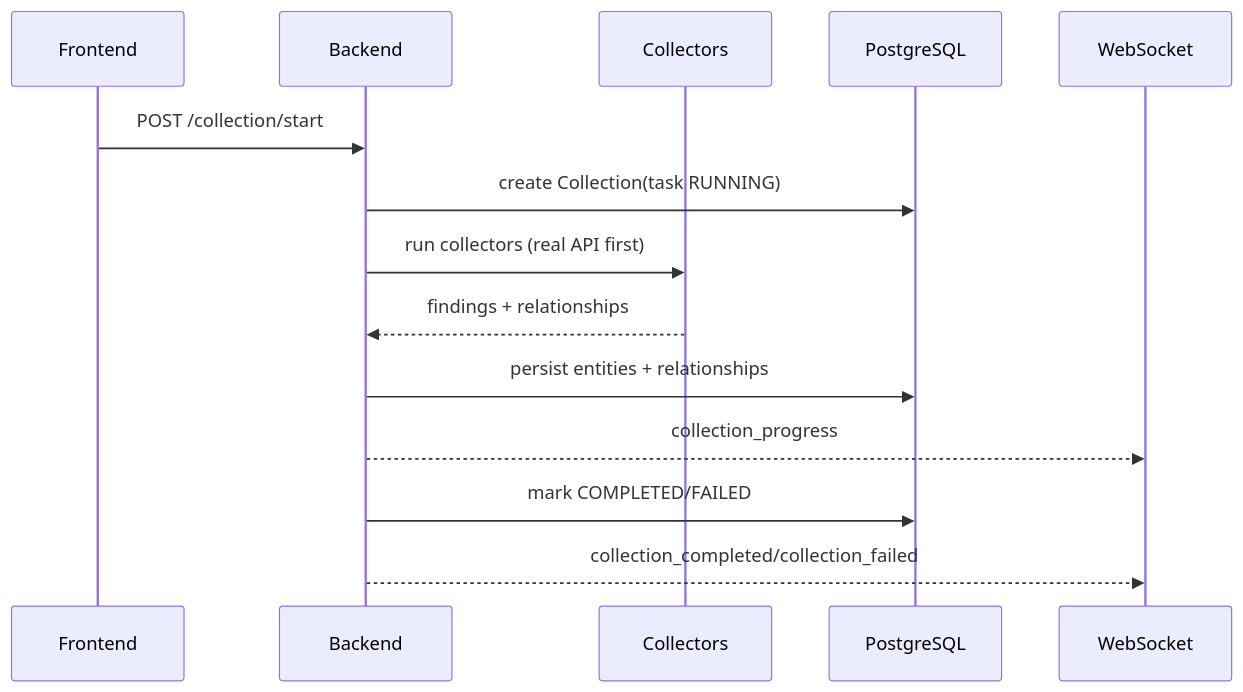
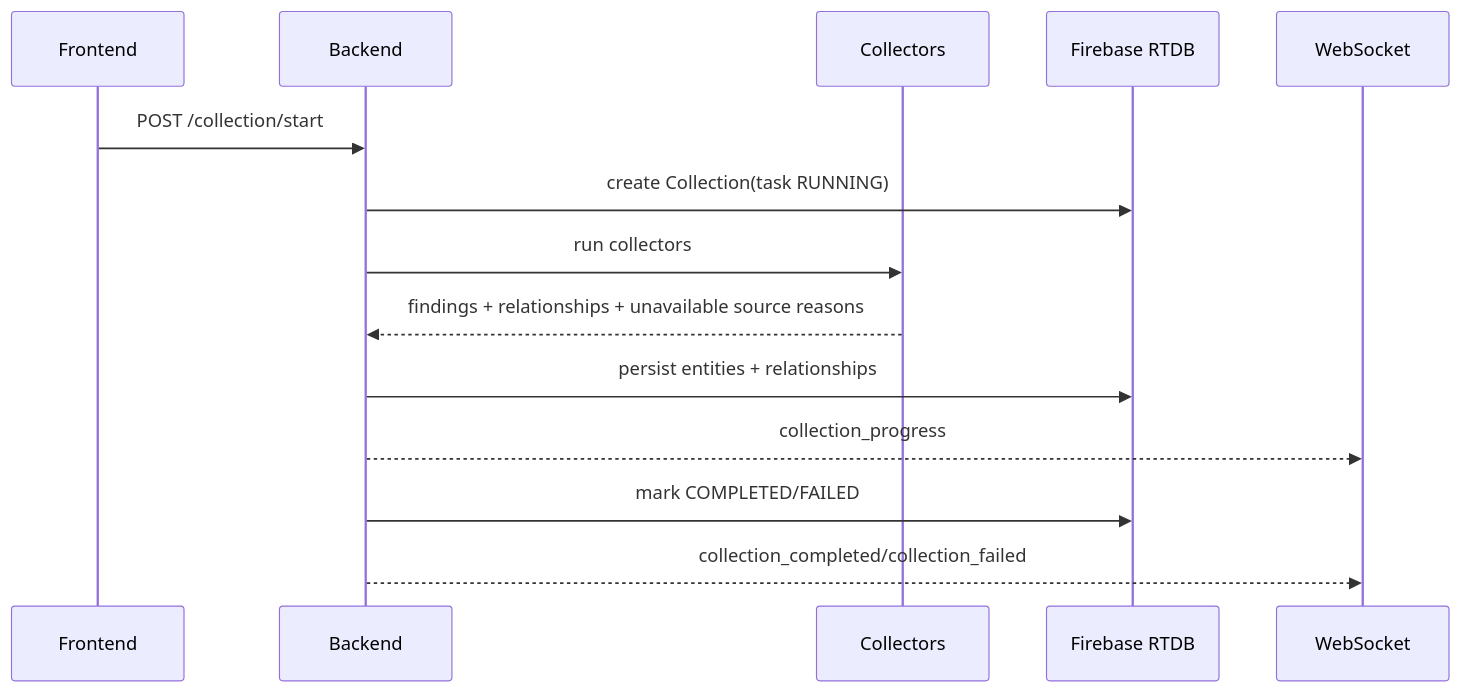
Before and after one commit to mr-simab/ReconVault: the fifth of 6 diagrams in docs/BLUEPRINT.md, drawn with Mermaid. The commit also changed other lines of this file and 75 other files, not shown here.

````diff
--- a/docs/BLUEPRINT.md
+++ b/docs/BLUEPRINT.md
@@ -41,17 +100,17 @@
 ```mermaid
 sequenceDiagram
     participant F as Frontend
     participant B as Backend
     participant C as Collectors
-    participant P as PostgreSQL
+    participant D as Firebase RTDB
     participant W as WebSocket
 
     F->>B: POST /collection/start
-    B->>P: create Collection(task RUNNING)
-    B->>C: run collectors (real API first)
-    C-->>B: findings + relationships
-    B->>P: persist entities + relationships
+    B->>D: create Collection(task RUNNING)
+    B->>C: run collectors
+    C-->>B: findings + relationships + unavailable source reasons
+    B->>D: persist entities + relationships
     B-->>W: collection_progress
-    B->>P: mark COMPLETED/FAILED
+    B->>D: mark COMPLETED/FAILED
     B-->>W: collection_completed/collection_failed
 ```
````
